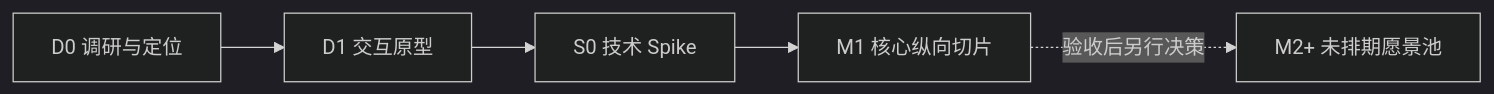
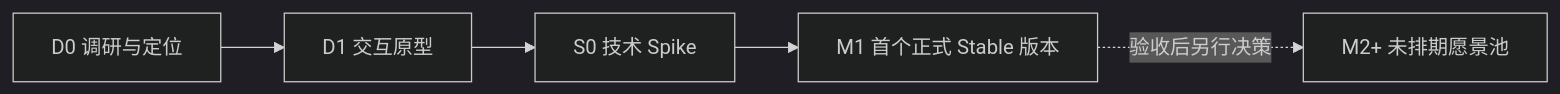
One commit to Longyuyeee/WorLdGame changed the diagram in docs/08-roadmap.md. Above: the diagram before and after it, drawn with Mermaid (dark theme). The commit also changed other lines of this file and 11 other files, not shown here.

````diff
--- a/docs/08-roadmap.md
+++ b/docs/08-roadmap.md
@@ -12,7 +12,7 @@
 ```mermaid
 flowchart LR
     D0["D0 调研与定位"] --> D1["D1 交互原型"]
     D1 --> S0["S0 技术 Spike"]
-    S0 --> M1["M1 核心纵向切片"]
+    S0 --> M1["M1 首个正式 Stable 版本"]
     M1 -. "验收后另行决策" .-> Future["M2+ 未排期愿景池"]
 ```
````
